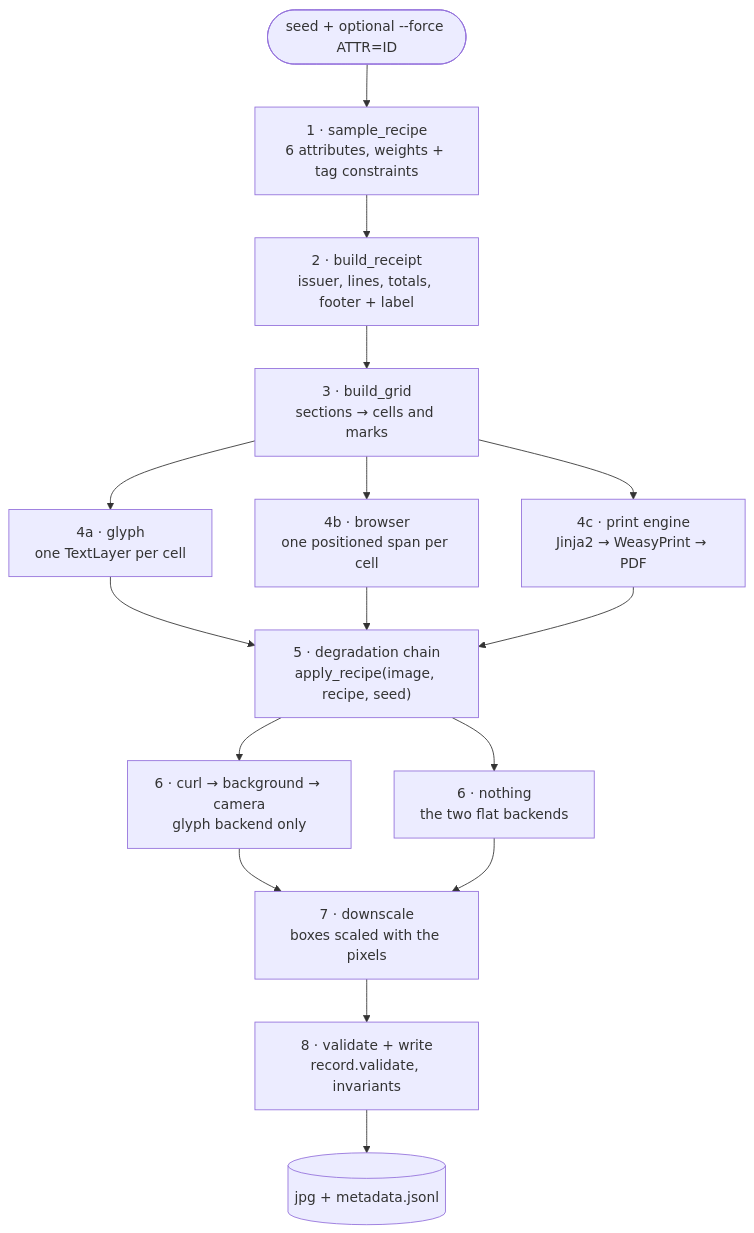
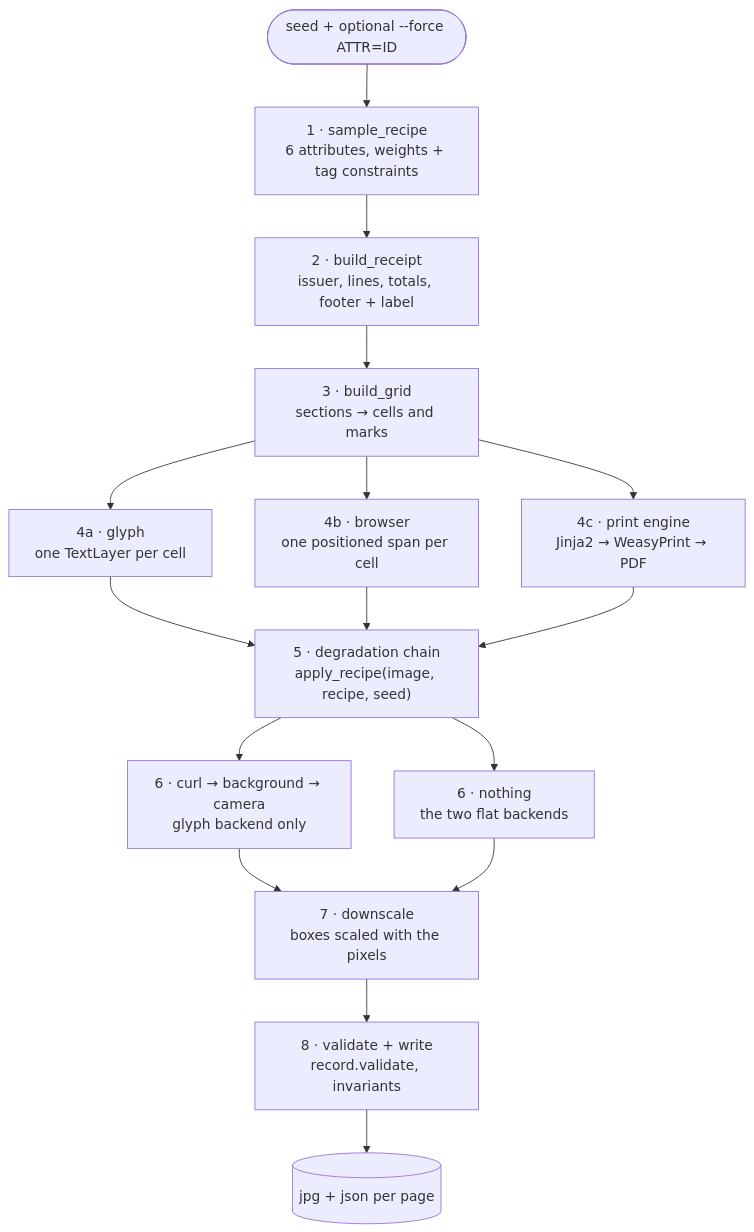
Before and after one commit to LinhPhuong14/vlm-ocr-synthetic: the third of 9 diagrams in README.md, drawn with Mermaid. The commit also changed other lines of this file and 350 other files, not shown here.

First line of the commit message:
metadata: one record per image, named after it, instead of one index per set

````diff
--- a/README.md
+++ b/README.md
@@ -132,24 +132,24 @@
 ```mermaid
 flowchart TD
     seed(["seed + optional --force ATTR=ID"]) --> A
 
     A["1 · sample_recipe<br/>6 attributes, weights + tag constraints"]
     A --> B["2 · build_receipt<br/>issuer, lines, totals, footer + label"]
     B --> C["3 · build_grid<br/>sections → cells and marks"]
 
     C --> D1["4a · glyph<br/>one TextLayer per cell"]
     C --> D2["4b · browser<br/>one positioned span per cell"]
     C --> D3["4c · print engine<br/>Jinja2 → WeasyPrint → PDF"]
 
     D1 --> E["5 · degradation chain<br/>apply_recipe(image, recipe, seed)"]
     D2 --> E
     D3 --> E
 
     E --> F1["6 · curl → background → camera<br/>glyph backend only"]
     E --> F2["6 · nothing<br/>the two flat backends"]
 
     F1 --> G["7 · downscale<br/>boxes scaled with the pixels"]
     F2 --> G
     G --> H["8 · validate + write<br/>record.validate, invariants"]
-    H --> O[("jpg + metadata.jsonl")]
+    H --> O[("jpg + json per page")]
 ```
````
